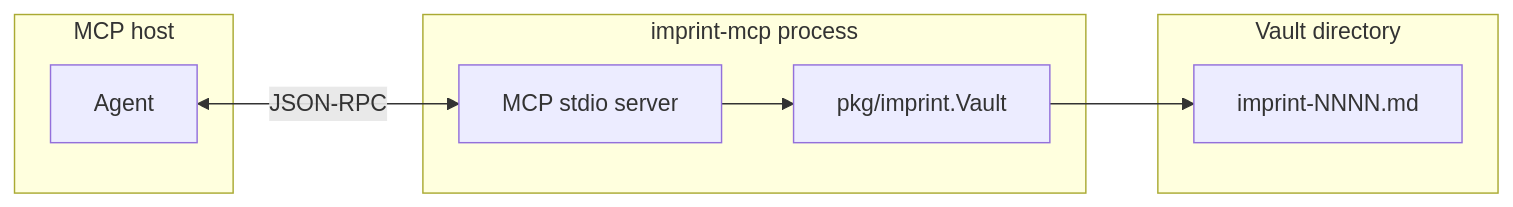
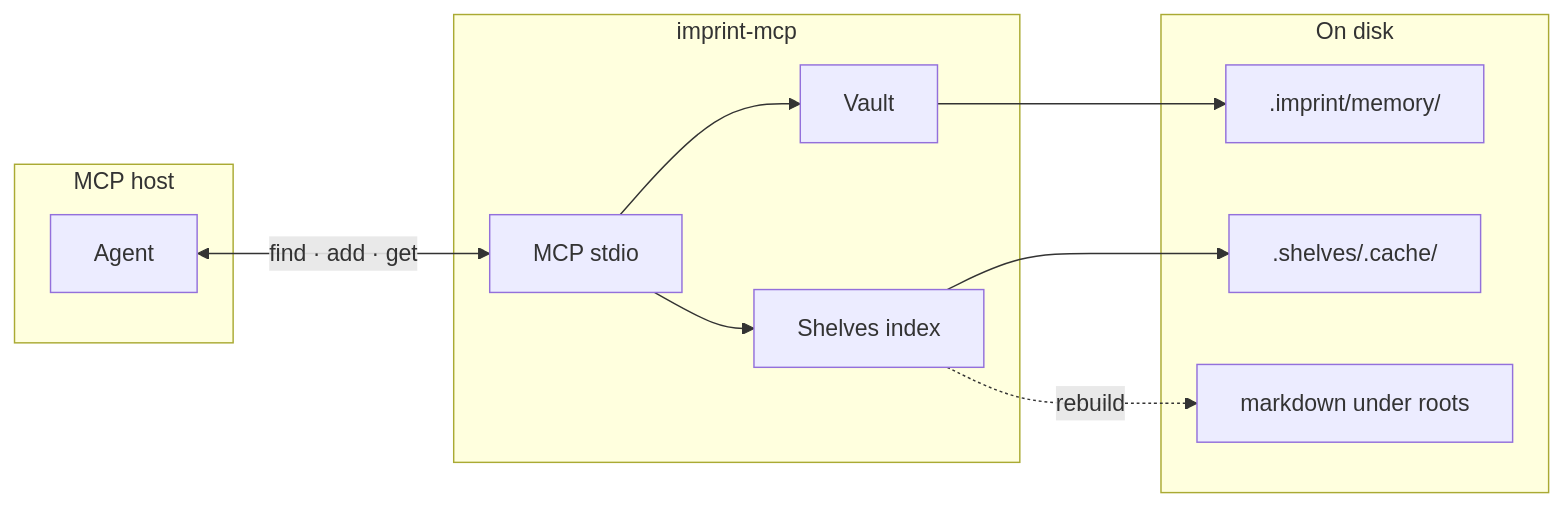
One commit to SteamedBread2333/imprint changed the diagram in docs/mcp.md. Above: the diagram before and after it, drawn with Mermaid. The commit also changed other lines of this file and 33 other files, not shown here.

Commit message:
Enhance README and documentation with detailed explanations of the imprint and shelves integration, including command updates, workflow improvements, and linking mechanisms. Update Chinese translations accordingly. Modify logo asset for consistency across documentation.

````diff
--- a/docs/mcp.md
+++ b/docs/mcp.md
@@ -10,16 +10,22 @@
 ```mermaid
 flowchart LR
   subgraph host [MCP host]
     Agent[Agent]
   end
-  subgraph proc [imprint-mcp process]
-    MCP[MCP stdio server]
-    Vault[pkg/imprint.Vault]
+  subgraph proc [imprint-mcp]
+    MCP[MCP stdio]
+    Vault[Vault]
+    Shelves[Shelves index]
     MCP --> Vault
+    MCP --> Shelves
   end
-  subgraph disk [Vault directory]
-    Shards[imprint-NNNN.md]
+  subgraph disk [On disk]
+    Memory[".imprint/memory/"]
+    Cache[".shelves/.cache/"]
+    Roots["markdown under roots"]
   end
-  Agent <-->|JSON-RPC| MCP
-  Vault --> Shards
+  Agent <-->|find · add · get| MCP
+  Vault --> Memory
+  Shelves --> Cache
+  Shelves -.->|rebuild| Roots
 ```
````
